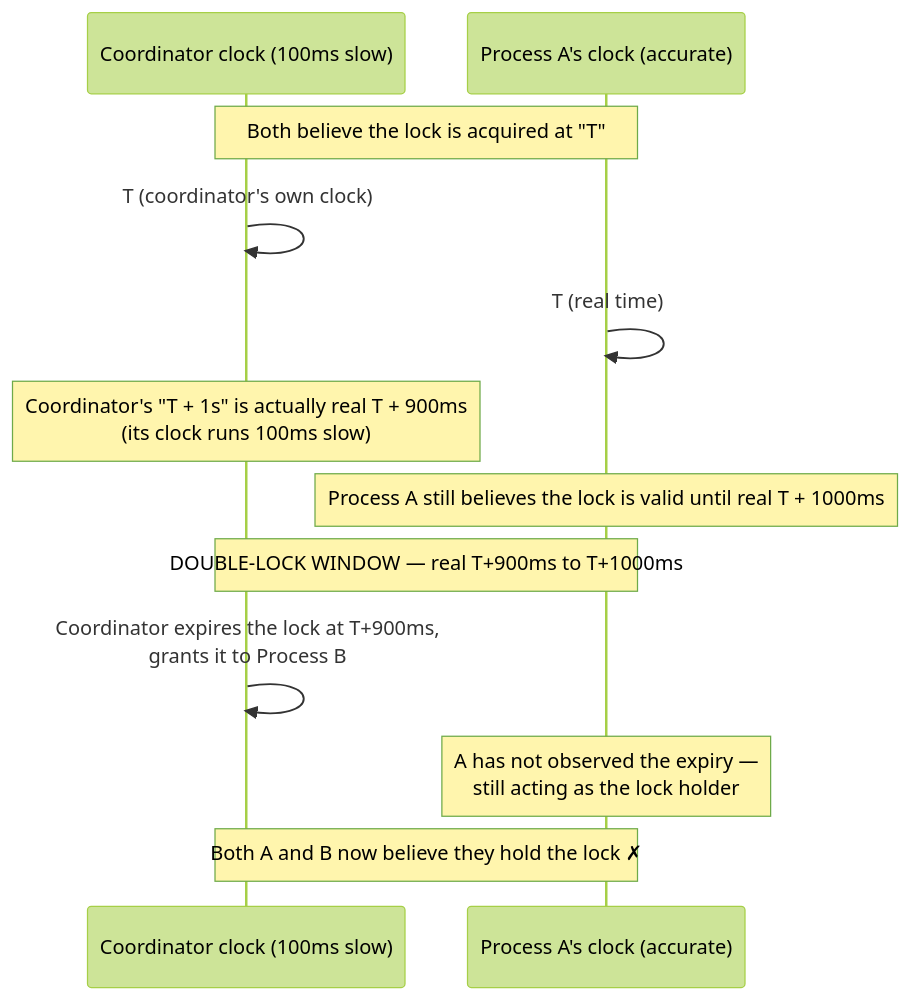
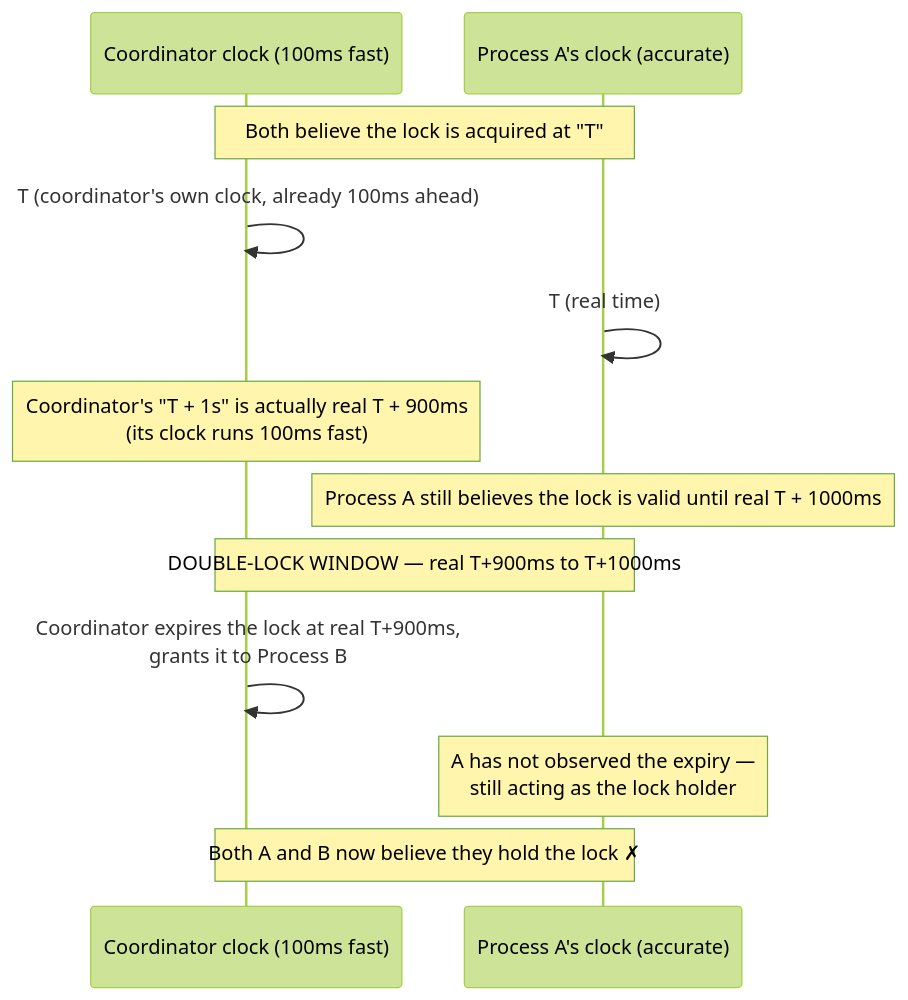
The eighth of 8 diagrams in docs/distributed-systems/fundamentals.md (sanketn26/interview-prep), drawn with Mermaid (forest theme) before and after one commit. The commit also changed other lines of this file and 93 other files, not shown here.

````diff
--- a/docs/distributed-systems/fundamentals.md
+++ b/docs/distributed-systems/fundamentals.md
@@ -604,18 +607,18 @@
 ```mermaid
 sequenceDiagram
-    participant Co as Coordinator clock (100ms slow)
+    participant Co as Coordinator clock (100ms fast)
     participant A as Process A's clock (accurate)
 
     Note over Co,A: Both believe the lock is acquired at "T"
-    Co->>Co: T (coordinator's own clock)
+    Co->>Co: T (coordinator's own clock, already 100ms ahead)
     A->>A: T (real time)
 
-    Note over Co: Coordinator's "T + 1s" is actually real T + 900ms<br/>(its clock runs 100ms slow)
+    Note over Co: Coordinator's "T + 1s" is actually real T + 900ms<br/>(its clock runs 100ms fast)
     Note over A: Process A still believes the lock is valid until real T + 1000ms
 
     Note over Co,A: DOUBLE-LOCK WINDOW — real T+900ms to T+1000ms
-    Co->>Co: Coordinator expires the lock at T+900ms,<br/>grants it to Process B
+    Co->>Co: Coordinator expires the lock at real T+900ms,<br/>grants it to Process B
     Note over A: A has not observed the expiry —<br/>still acting as the lock holder
 
     Note over Co,A: Both A and B now believe they hold the lock ✗
 ```
````
